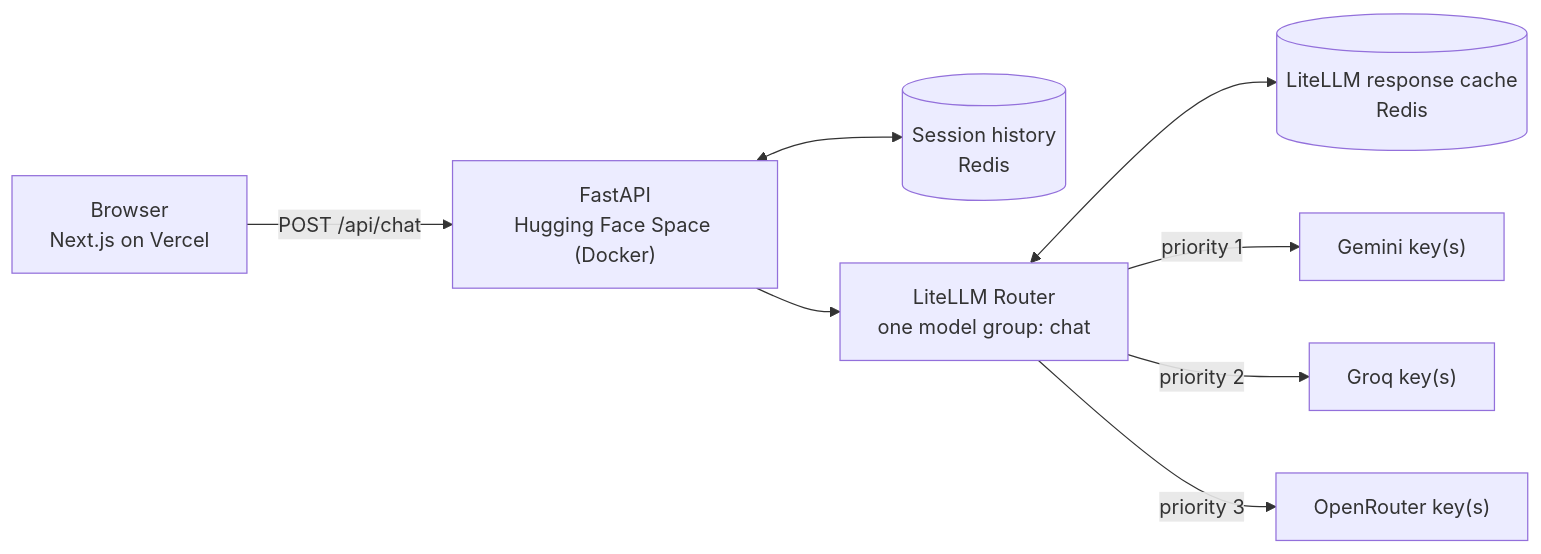
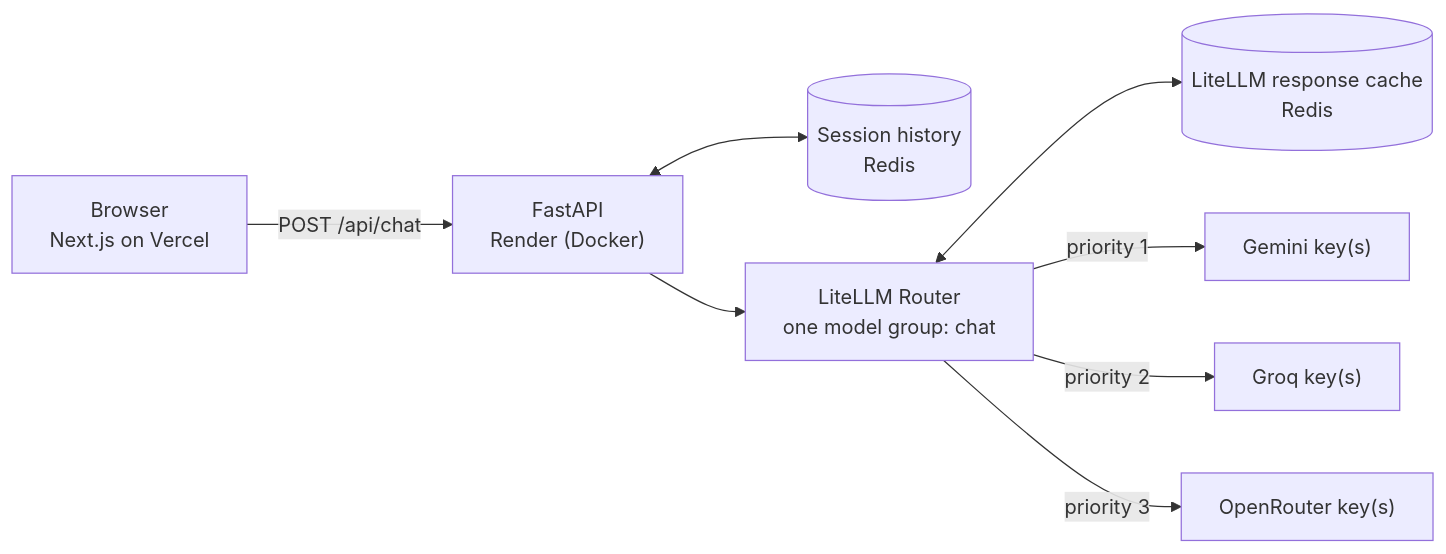
The diagram in README.md (SambhavSharma7781/resilient-ai-chatbot), drawn with Mermaid before and after one commit. The commit also changed other lines of this file and 3 other files, not shown here.

Commit message:
Deploy backend on Render (free Docker web service)

````diff
--- a/README.md
+++ b/README.md
@@ -37,10 +37,10 @@
 ```mermaid
 flowchart LR
-  U["Browser<br/>Next.js on Vercel"] -- "POST /api/chat" --> API["FastAPI<br/>Hugging Face Space (Docker)"]
+  U["Browser<br/>Next.js on Vercel"] -- "POST /api/chat" --> API["FastAPI<br/>Render (Docker)"]
   API <--> S[("Session history<br/>Redis")]
   API --> R["LiteLLM Router<br/>one model group: chat"]
   R <--> C[("LiteLLM response cache<br/>Redis")]
   R -- "priority 1" --> G["Gemini key(s)"]
   R -- "priority 2" --> Q["Groq key(s)"]
   R -- "priority 3" --> O["OpenRouter key(s)"]
 ```
````
